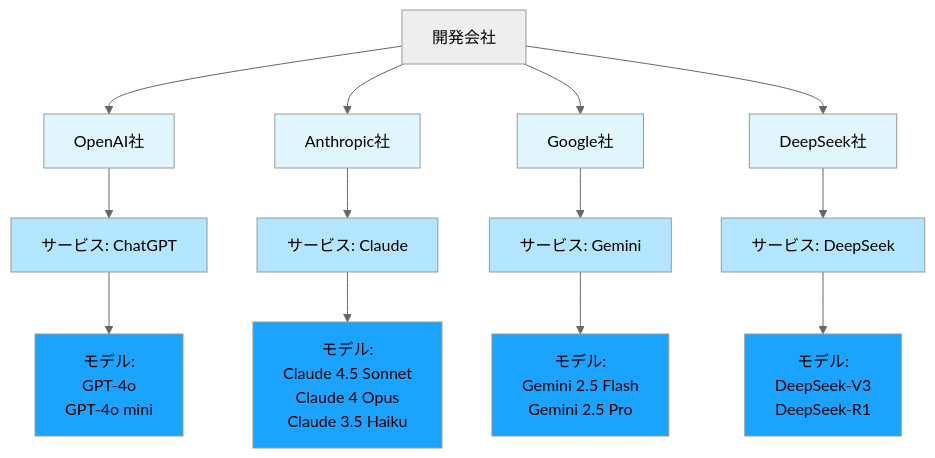
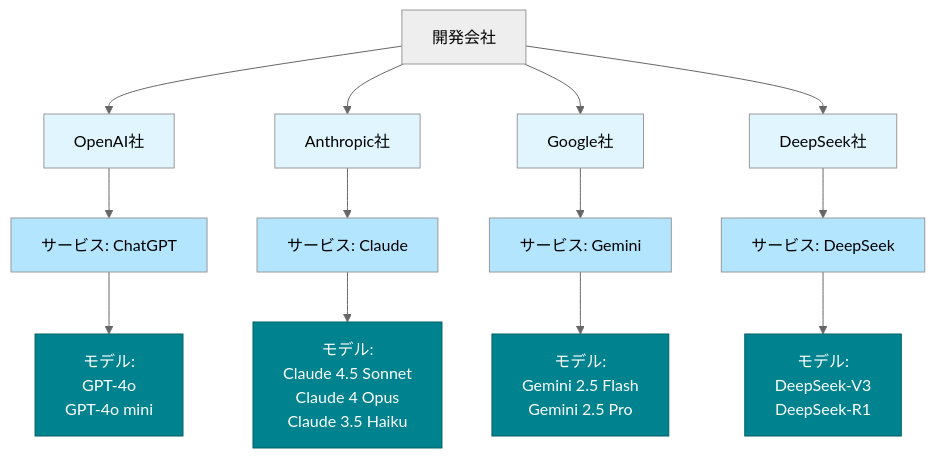
Before and after one commit to cyber-freaks-jp/AI_Driven_Development_Course: the third of 3 diagrams in book/pages/モデルとは.md, drawn with Mermaid (neutral theme). The commit also changed other lines of this file and 5 other files, not shown here.

````diff
--- a/book/pages/モデルとは.md
+++ b/book/pages/モデルとは.md
@@ -64,30 +64,30 @@
 ```mermaid
 graph TD
     A[開発会社] --> A1[OpenAI社]
     A --> A2[Anthropic社]
     A --> A3[Google社]
     A --> A4[DeepSeek社]
 
     A1 --> B1[サービス: ChatGPT]
     A2 --> B2[サービス: Claude]
     A3 --> B3[サービス: Gemini]
     A4 --> B4[サービス: DeepSeek]
 
     B1 --> C1[モデル: <br>GPT-4o<br/>GPT-4o mini]
     B2 --> C2[モデル: <br>Claude 4.5 Sonnet<br/>Claude 4 Opus<br/>Claude 3.5 Haiku]
     B3 --> C3[モデル: <br>Gemini 2.5 Flash<br/>Gemini 2.5 Pro]
     B4 --> C4[モデル: <br>DeepSeek-V3<br/>DeepSeek-R1]
 
     style A1 fill:#e1f5ff
     style A2 fill:#e1f5ff
     style A3 fill:#e1f5ff
     style A4 fill:#e1f5ff
     style B1 fill:#b3e5ff
     style B2 fill:#b3e5ff
     style B3 fill:#b3e5ff
     style B4 fill:#b3e5ff
-    style C1 fill:#1aa3ff
-    style C2 fill:#1aa3ff
-    style C3 fill:#1aa3ff
-    style C4 fill:#1aa3ff
+    style C1 fill:#00838F,color:#FFFFFF,stroke:#006064
+    style C2 fill:#00838F,color:#FFFFFF,stroke:#006064
+    style C3 fill:#00838F,color:#FFFFFF,stroke:#006064
+    style C4 fill:#00838F,color:#FFFFFF,stroke:#006064
 ```
````
